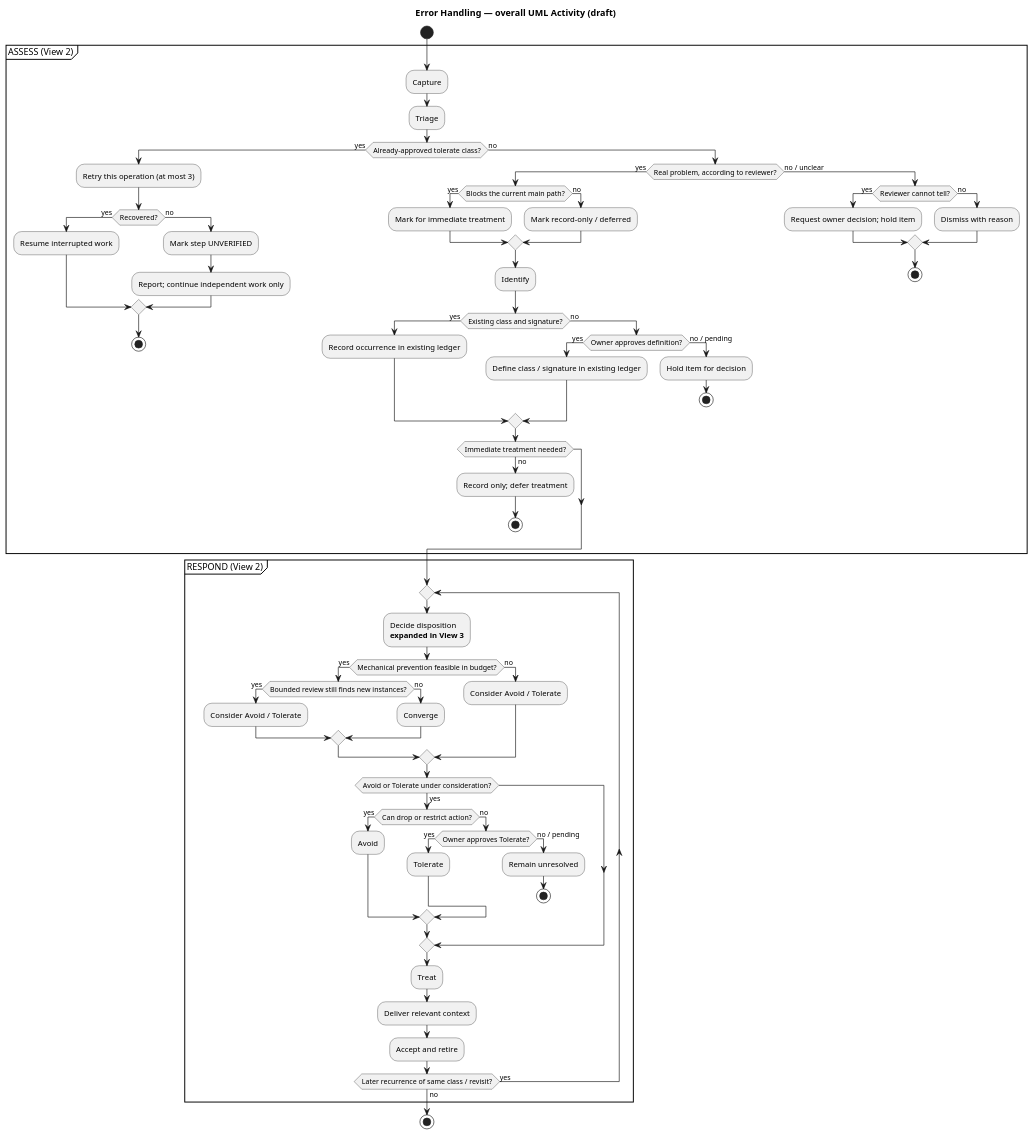
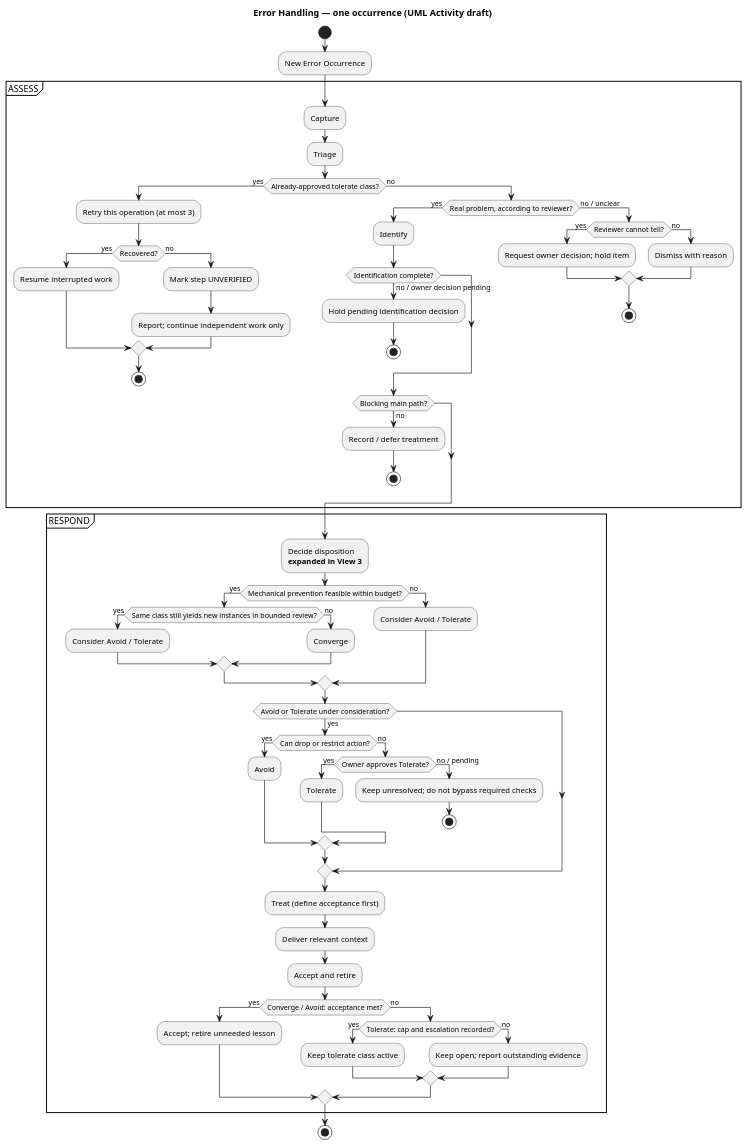
Before and after one commit to dyphn1/Harness-everything: the diagram in docs/discussions/error-handling/activity.puml, drawn with PlantUML.

Commit message:
docs(discussion): synchronize PlantUML with occurrence-scoped activity

```diff
--- a/docs/discussions/error-handling/activity.puml
+++ b/docs/discussions/error-handling/activity.puml
@@ -1,86 +1,83 @@
 @startuml error-handling-overview
-' Issue #437 / #402. Discussion-only UML Activity source.
-' ASSESS / RESPOND correspond to the same named blocks in Views 1 and 2.
-' Decide disposition is the Action expanded in View 3 (not a hyperlink).
-title Error Handling — overall UML Activity (draft)
+' Issue #437 / #402: discussion-only view of one Error Occurrence.
+' ASSESS / RESPOND correspond to Views 1 and 2.
+' Decide disposition is expanded by View 3, not a hyperlink.
+' Recurrence is a NEW occurrence entering at Capture, never a G feedback loop.
+title Error Handling — one occurrence (UML Activity draft)
 
 start
-partition "ASSESS (View 2)" {
+:New Error Occurrence;
+partition "ASSESS" {
   :Capture;
   :Triage;
-
   if (Already-approved tolerate class?) then (yes)
     :Retry this operation (at most 3);
     if (Recovered?) then (yes)
       :Resume interrupted work;
     else (no)
       :Mark step UNVERIFIED;
       :Report; continue independent work only;
     endif
     stop
   else (no)
     if (Real problem, according to reviewer?) then (yes)
-      if (Blocks the current main path?) then (yes)
-        :Mark for immediate treatment;
-      else (no)
-        :Mark record-only / deferred;
+      :Identify;
+      if (Identification complete?) then (no / owner decision pending)
+        :Hold pending identification decision;
+        stop
       endif
-      :Identify;
-      if (Existing class and signature?) then (yes)
-        :Record occurrence in existing ledger;
-      else (no)
-        if (Owner approves definition?) then (yes)
-          :Define class / signature in existing ledger;
-        else (no / pending)
-          :Hold item for decision;
-          stop
-        endif
-      endif
-      if (Immediate treatment needed?) then (no)
-        :Record only; defer treatment;
+      if (Blocking main path?) then (no)
+        :Record / defer treatment;
         stop
       endif
     else (no / unclear)
       if (Reviewer cannot tell?) then (yes)
         :Request owner decision; hold item;
       else (no)
         :Dismiss with reason;
       endif
       stop
     endif
   endif
 }
 
-partition "RESPOND (View 2)" {
-  repeat
-    :Decide disposition
-    <b>expanded in View 3</b>;
-    if (Mechanical prevention feasible in budget?) then (yes)
-      if (Bounded review still finds new instances?) then (yes)
-        :Consider Avoid / Tolerate;
-      else (no)
-        :Converge;
-      endif
+partition "RESPOND" {
+  :Decide disposition
+  <b>expanded in View 3</b>;
+  if (Mechanical prevention feasible within budget?) then (yes)
+    if (Same class still yields new instances in bounded review?) then (yes)
+      :Consider Avoid / Tolerate;
     else (no)
-      :Consider Avoid / Tolerate;
+      :Converge;
     endif
-    if (Avoid or Tolerate under consideration?) then (yes)
-      if (Can drop or restrict action?) then (yes)
-        :Avoid;
-      else (no)
-        if (Owner approves Tolerate?) then (yes)
-          :Tolerate;
-        else (no / pending)
-          :Remain unresolved;
-          stop
-        endif
+  else (no)
+    :Consider Avoid / Tolerate;
+  endif
+  if (Avoid or Tolerate under consideration?) then (yes)
+    if (Can drop or restrict action?) then (yes)
+      :Avoid;
+    else (no)
+      if (Owner approves Tolerate?) then (yes)
+        :Tolerate;
+      else (no / pending)
+        :Keep unresolved; do not bypass required checks;
+        stop
       endif
     endif
-    :Treat;
-    :Deliver relevant context;
-    :Accept and retire;
-  repeat while (Later recurrence of same class / revisit?) is (yes) not (no)
+  endif
+  :Treat (define acceptance first);
+  :Deliver relevant context;
+  :Accept and retire;
+  if (Converge / Avoid: acceptance met?) then (yes)
+    :Accept; retire unneeded lesson;
+  else (no)
+    if (Tolerate: cap and escalation recorded?) then (yes)
+      :Keep tolerate class active;
+    else (no)
+      :Keep open; report outstanding evidence;
+    endif
+  endif
 }
 
 stop
 @enduml
```
